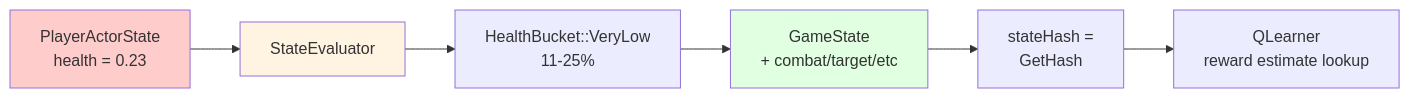
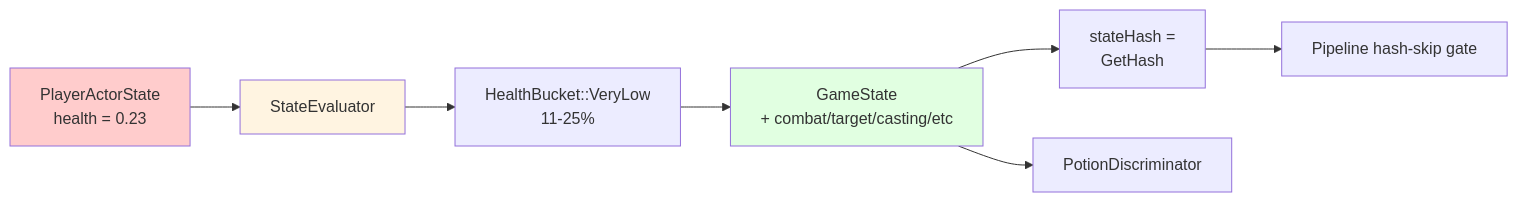
Before and after one commit to LandingCrew/huginn: the tenth of 13 diagrams in docs/architecture/1-states.md, drawn with Mermaid. The commit also changed other lines of this file and 27 other files, not shown here.

````diff
--- a/docs/architecture/1-states.md
+++ b/docs/architecture/1-states.md
@@ -706,16 +917,17 @@
 ```mermaid
 graph LR
     Raw[PlayerActorState<br/>health = 0.23] --> SE[StateEvaluator]
 
     SE --> Bucket[HealthBucket::VeryLow<br/>11-25%]
 
-    Bucket --> GS[GameState<br/>+ combat/target/etc]
+    Bucket --> GS[GameState<br/>+ combat/target/casting/etc]
 
     GS --> Hash[stateHash =<br/>GetHash]
 
-    Hash --> QL[QLearner<br/>reward estimate lookup]
+    Hash --> Skip[Pipeline hash-skip gate]
+    GS --> PD[PotionDiscriminator]
 
     style Raw fill:#ffcccc
     style SE fill:#fff4e1
     style GS fill:#e1ffe1
 ```
````
